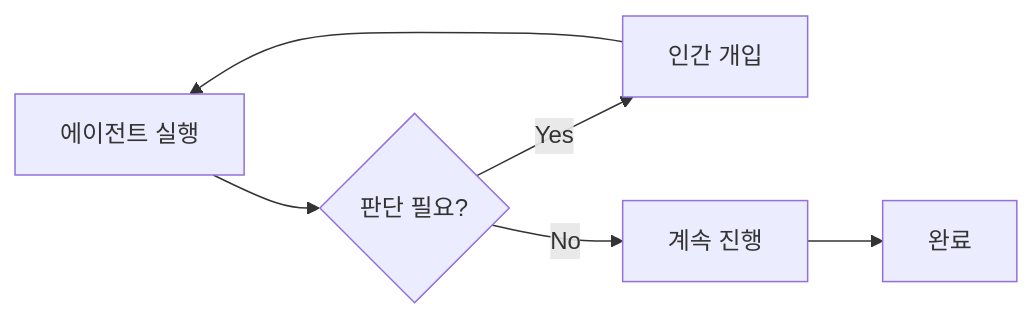
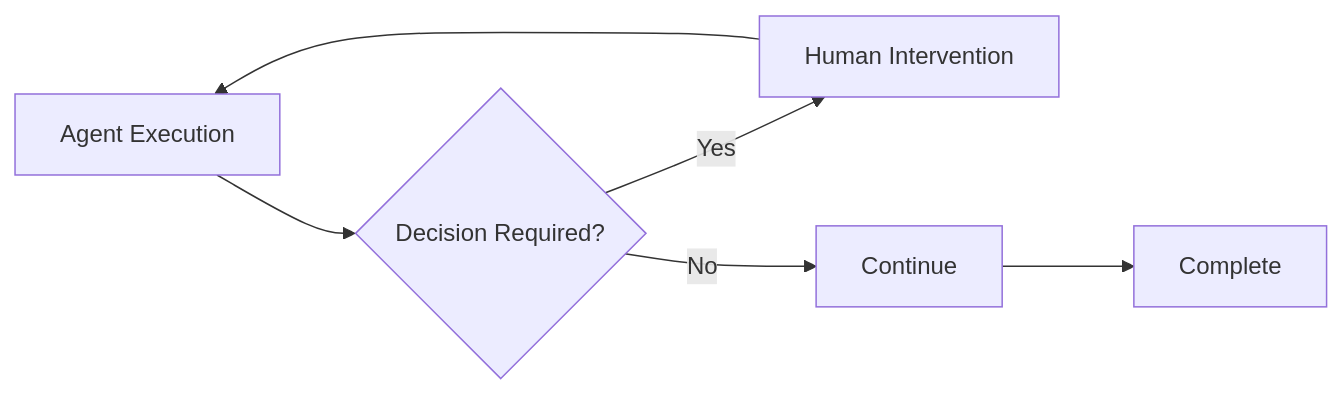
The first of 3 diagrams in docs/test-mermaid.md (choo121600/dure), drawn with Mermaid before and after one commit. The commit also changed other lines of this file and 38 other files, not shown here.

````diff
--- a/docs/test-mermaid.md
+++ b/docs/test-mermaid.md
@@ -5,8 +5,8 @@
 ```mermaid
 graph LR
-    A[에이전트 실행] --> B{판단 필요?}
-    B -->|Yes| C[인간 개입]
-    B -->|No| D[계속 진행]
+    A[Agent Execution] --> B{Decision Required?}
+    B -->|Yes| C[Human Intervention]
+    B -->|No| D[Continue]
     C --> A
-    D --> E[완료]
+    D --> E[Complete]
 ```
````
